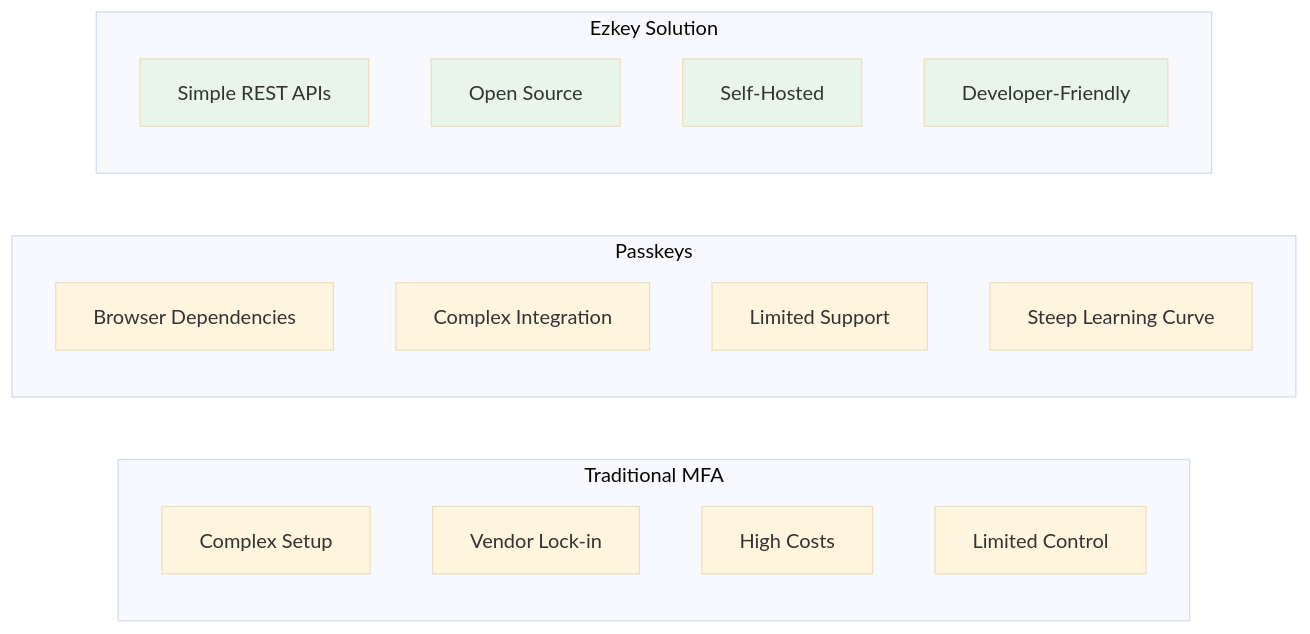
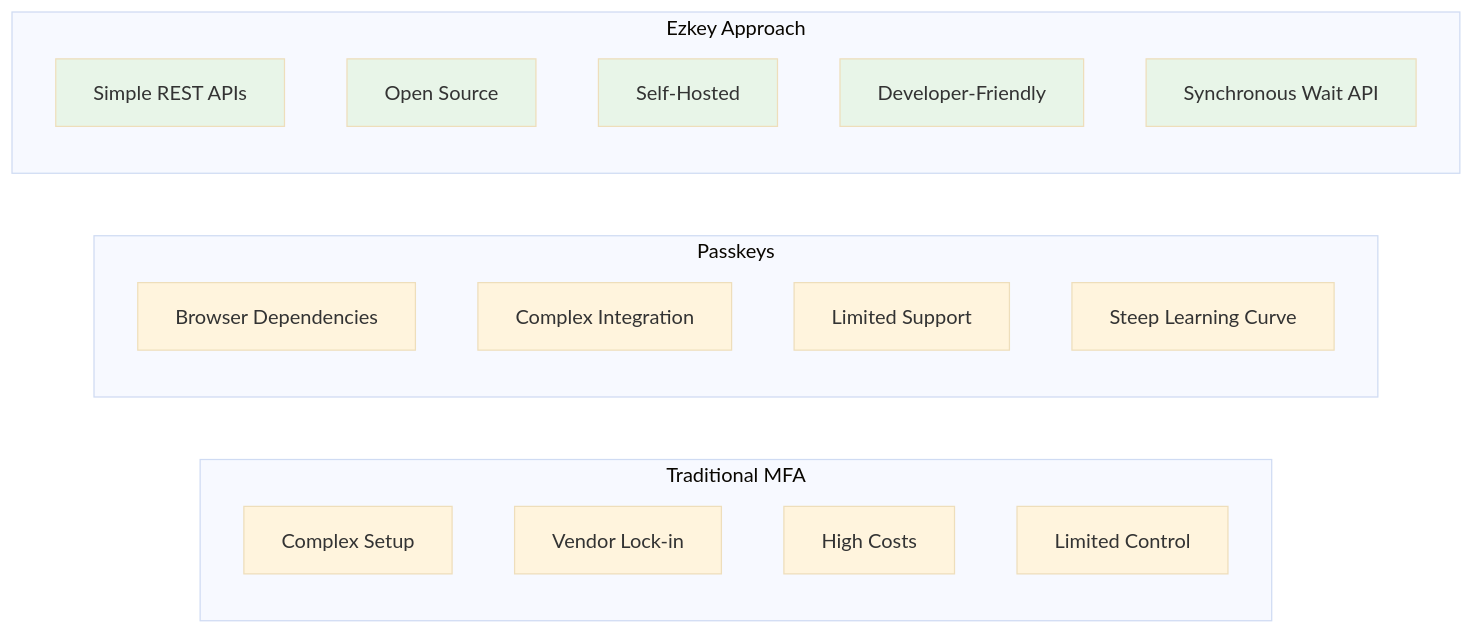
One commit to mgagp/ezkey changed the first of 11 diagrams in README.md. Above: the diagram before and after it, drawn with Mermaid (base theme). The commit also changed other lines of this file, not shown here.

First line of the commit message:
docs: update README to reflect changes in Ezkey's features and Wait API

````diff
--- a/README.md
+++ b/README.md
@@ -9,28 +9,30 @@
 ```mermaid
 graph LR
     subgraph "Traditional MFA"
         A[Complex Setup]
         B[Vendor Lock-in]
         C[High Costs]
         D[Limited Control]
     end
     
     subgraph "Passkeys"
         E[Browser Dependencies]
         F[Complex Integration]
         G[Limited Support]
         H[Steep Learning Curve]
     end
     
-    subgraph "Ezkey Solution"
+    subgraph "Ezkey Approach"
         I[Simple REST APIs]
         J[Open Source]
         K[Self-Hosted]
         L[Developer-Friendly]
+        M[Synchronous Wait API]
     end
     
     style I fill:#e8f5e8
     style J fill:#e8f5e8
     style K fill:#e8f5e8
     style L fill:#e8f5e8
+    style M fill:#e8f5e8
 ```
````
